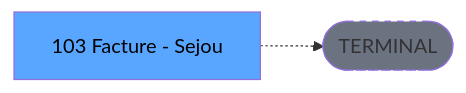
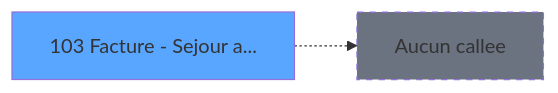
One commit to thonyAGP/magic-migration changed the third of 3 diagrams in .openspec/specs/ADH-IDE-103.md. Above: the diagram before and after it, drawn with Mermaid. The commit also changed other lines of this file and 253 other files, not shown here.

````diff
--- a/.openspec/specs/ADH-IDE-103.md
+++ b/.openspec/specs/ADH-IDE-103.md
@@ -140,8 +280,8 @@
 ```mermaid
 graph LR
-    T[103 Facture - Sejou]
-    TERM([TERMINAL])
-    T -.-> TERM
-    style TERM fill:#6b7280,stroke-dasharray: 5 5
-    style T fill:#58a6ff,color:#000
+    T103[103 Facture - Sejour a...]
+    style T103 fill:#58a6ff
+    NONE[Aucun callee]
+    T103 -.-> NONE
+    style NONE fill:#6b7280,stroke-dasharray: 5 5
 ```
````
